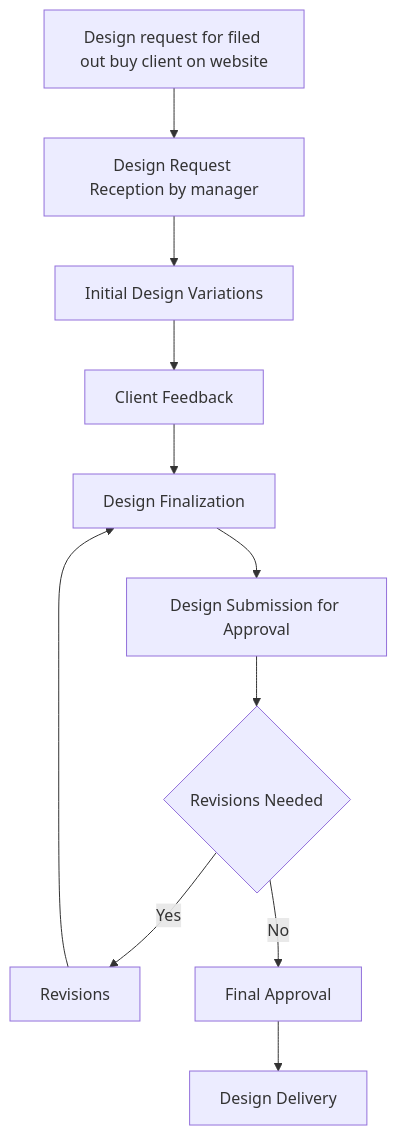
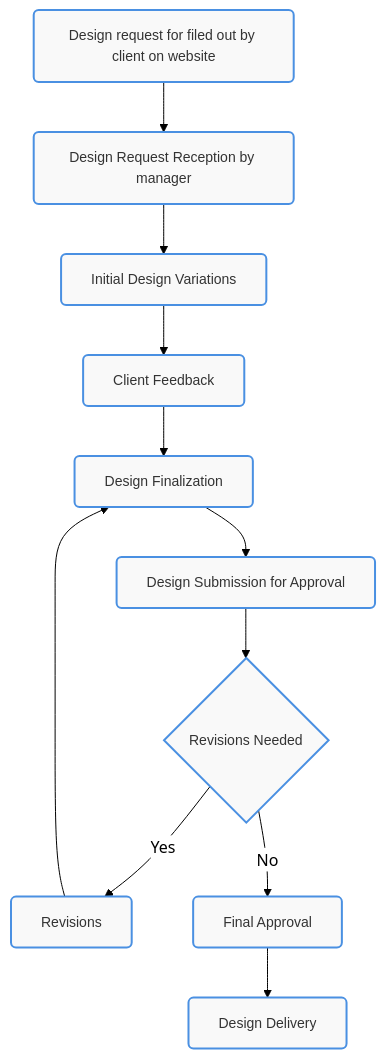
The fifth of 11 diagrams in README.md (TyGrim13/4WinnerFlows), drawn with Mermaid before and after one commit.

````diff
--- a/README.md
+++ b/README.md
@@ -295,25 +295,34 @@
 ```mermaid
+%%{init: {'theme': 'forest', 'themeVariables': { 'primaryColor': '#4a90e2', 'edgeLabelBackground': '#ffffff', 'tertiaryColor': '#f4f4f4', 'primaryBorderColor': '#333', 'primaryTextColor': '#333', 'fontFamily': 'Arial'}}}%%
+
 flowchart TD
-    E0[Design request for filed out buy client on website]
+    classDef default fill:#f9f9f9,stroke:#4a90e2,stroke-width:2px,color:#333,font-family:'Arial',font-size:14px,rx:5,ry:5;
+    classDef manager fill:#e3f2fd,stroke:#1e88e5,stroke-width:2px,color:#333,font-family:'Arial',font-size:14px,font-weight:bold,rx:5,ry:5;
+    classDef supervisor fill:#c8e6c9,stroke:#43a047,stroke-width:2px,color:#333,font-family:'Arial',font-size:14px,font-weight:bold,rx:5,ry:5;
+    classDef team fill:#fff3e0,stroke:#fb8c00,stroke-width:2px,color:#333,font-family:'Arial',font-size:14px,rx:5,ry:5;
+    classDef ceo fill:#fff9c4,stroke:#fbc02d,stroke-width:2px,color:#333,font-family:'Arial',font-size:16px,font-weight:bold,rx:5,ry:5;
+
+    E0[Design request for filed out by client on website]
     E1[Design Request Reception by manager]
     E2[Initial Design Variations]
     E3[Client Feedback]
     E4[Design Finalization]
     E5[Design Submission for Approval]
     E5a{Revisions Needed}
     E5b[Revisions]
     E6[Final Approval]
     E7[Design Delivery]
 
     E0 --> E1
     E1 --> E2
     E2 --> E3
     E3 --> E4
     E4 --> E5
     E5 --> E5a
     E5a -->|Yes| E5b
     E5a -->|No| E6
     E5b --> E4
     E6 --> E7
 
+
 ```
````
